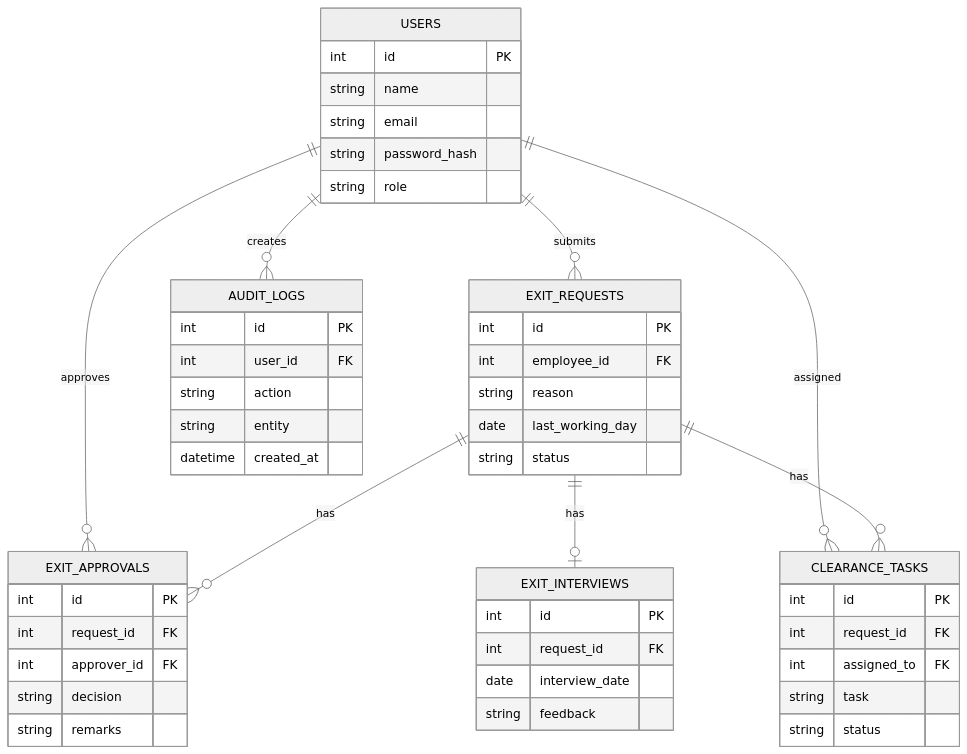
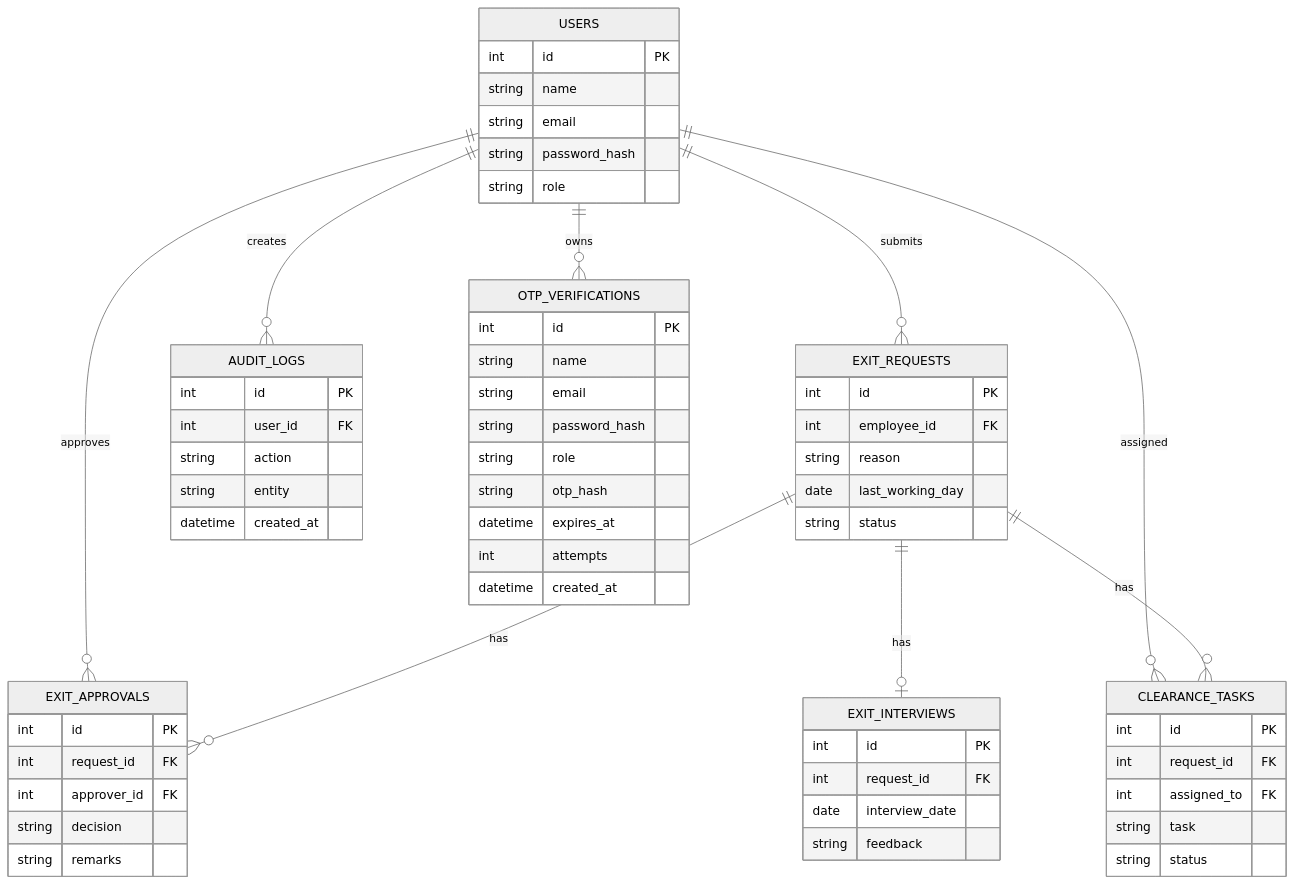
One commit to Gopiga-2006/employee-exit-management-system changed the diagram in docs/diagrams/er-diagram.md. Above: the diagram before and after it, drawn with Mermaid (neutral theme).

Commit message:
docs: include otp verification in er diagram

````diff
--- a/docs/diagrams/er-diagram.md
+++ b/docs/diagrams/er-diagram.md
@@ -3,52 +3,64 @@
 ```mermaid
 erDiagram
     USERS ||--o{ EXIT_REQUESTS : submits
     USERS ||--o{ EXIT_APPROVALS : approves
     EXIT_REQUESTS ||--o{ EXIT_APPROVALS : has
     EXIT_REQUESTS ||--o| EXIT_INTERVIEWS : has
     USERS ||--o{ CLEARANCE_TASKS : assigned
     EXIT_REQUESTS ||--o{ CLEARANCE_TASKS : has
     USERS ||--o{ AUDIT_LOGS : creates
+    USERS ||--o{ OTP_VERIFICATIONS : owns
 
     USERS {
         int id PK
         string name
         string email
         string password_hash
         string role
     }
     EXIT_REQUESTS {
         int id PK
         int employee_id FK
         string reason
         date last_working_day
         string status
     }
     EXIT_APPROVALS {
         int id PK
         int request_id FK
         int approver_id FK
         string decision
         string remarks
     }
     EXIT_INTERVIEWS {
         int id PK
         int request_id FK
         date interview_date
         string feedback
     }
     CLEARANCE_TASKS {
         int id PK
         int request_id FK
         int assigned_to FK
         string task
         string status
     }
     AUDIT_LOGS {
         int id PK
         int user_id FK
         string action
         string entity
         datetime created_at
     }
+    OTP_VERIFICATIONS {
+        int id PK
+        string name
+        string email
+        string password_hash
+        string role
+        string otp_hash
+        datetime expires_at
+        int attempts
+        datetime created_at
+    }
 ```
````
